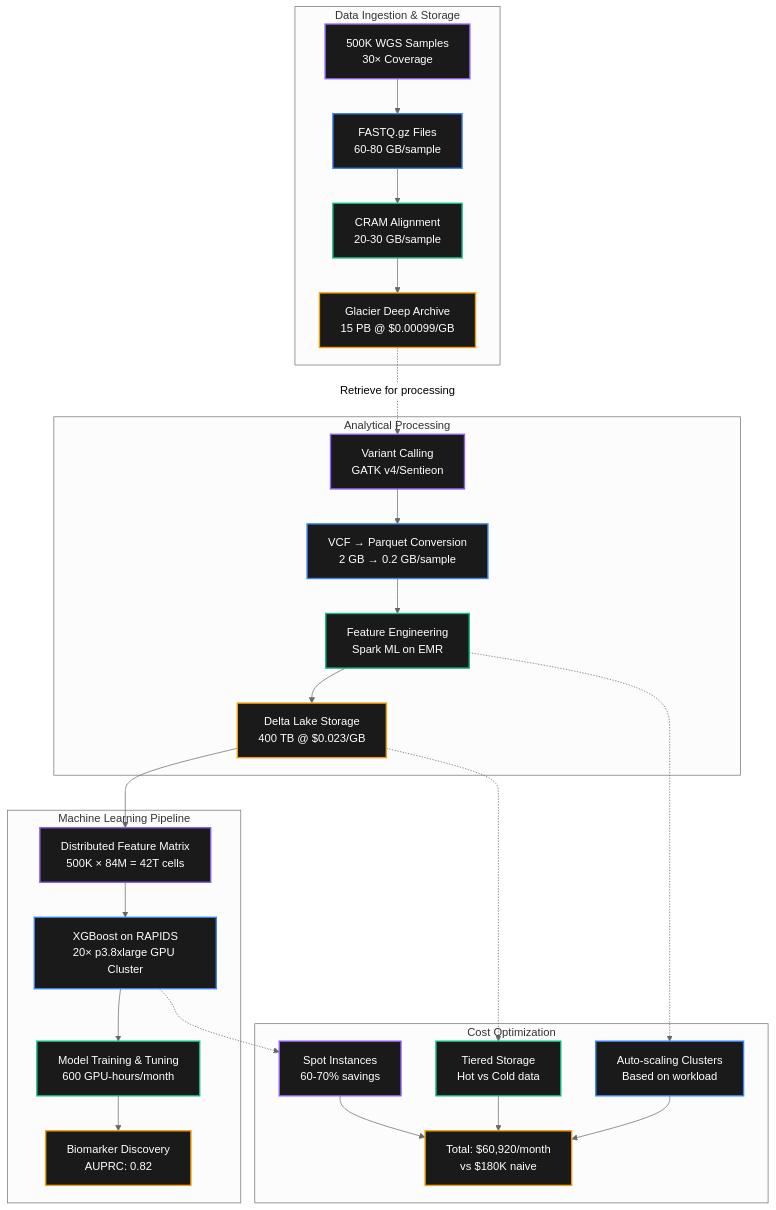
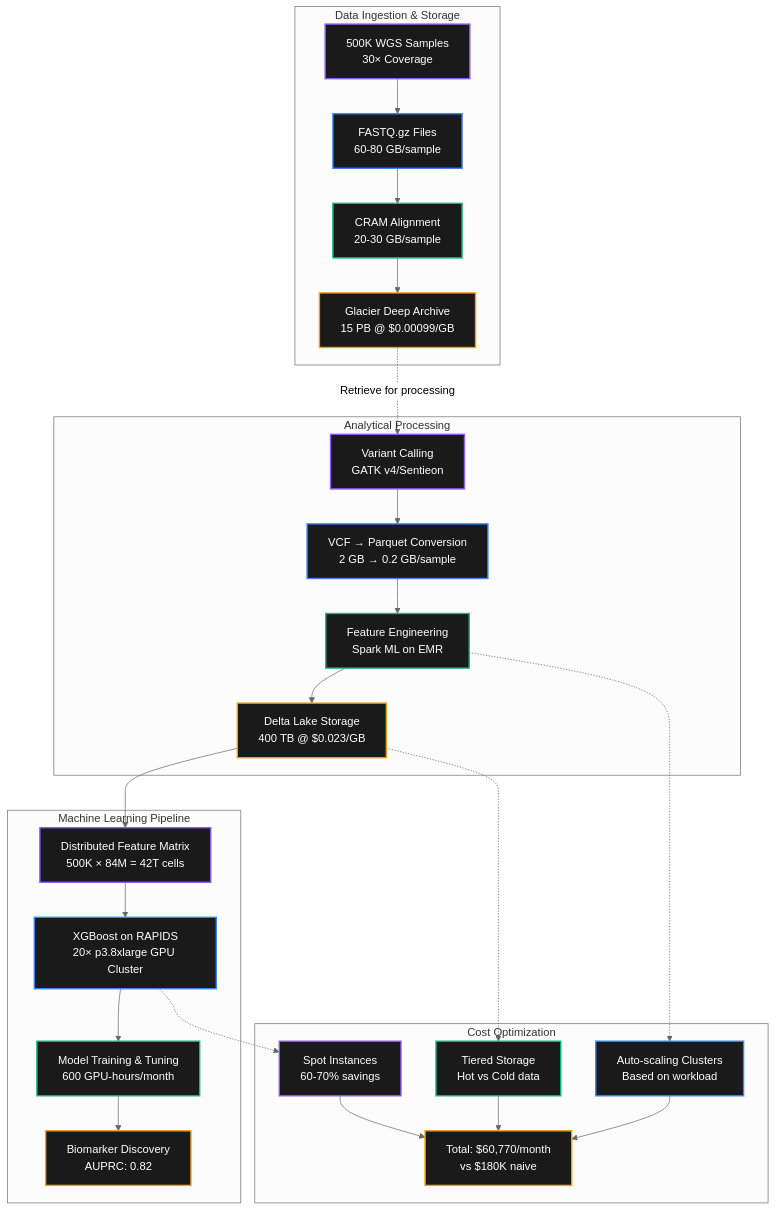
Before and after one commit to idrees118/idrees118.github.io: the diagram in index.md, drawn with Mermaid (neutral theme). The commit also changed other lines of this file, not shown here.

```diff
--- a/index.md
+++ b/index.md
@@ -625,66 +625,66 @@
                 <div class="mermaid">
 graph TB
     subgraph "Data Ingestion & Storage"
         A[500K WGS Samples<br/>30× Coverage]
         B[FASTQ.gz Files<br/>60-80 GB/sample]
         C[CRAM Alignment<br/>20-30 GB/sample]
         D[Glacier Deep Archive<br/>15 PB @ $0.00099/GB]
         
         A --> B
         B --> C
         C --> D
     end
     
     subgraph "Analytical Processing"
         E[Variant Calling<br/>GATK v4/Sentieon]
         F[VCF → Parquet Conversion<br/>2 GB → 0.2 GB/sample]
         G[Feature Engineering<br/>Spark ML on EMR]
         H[Delta Lake Storage<br/>400 TB @ $0.023/GB]
         
         D -.->|Retrieve for processing| E
         E --> F
         F --> G
         G --> H
     end
     
     subgraph "Machine Learning Pipeline"
         I[Distributed Feature Matrix<br/>500K × 84M = 42T cells]
         J[XGBoost on RAPIDS<br/>20× p3.8xlarge GPU Cluster]
         K[Model Training & Tuning<br/>600 GPU-hours/month]
         L[Biomarker Discovery<br/>AUPRC: 0.82]
         
         H --> I
         I --> J
         J --> K
         K --> L
     end
     
     subgraph "Cost Optimization"
         M[Spot Instances<br/>60-70% savings]
         N[Auto-scaling Clusters<br/>Based on workload]
         O[Tiered Storage<br/>Hot vs Cold data]
-        P[Total: $60,920/month<br/>vs $180K naive]
+        P[Total: $60,770/month<br/>vs $180K naive]
         
         J -.-> M
         G -.-> N
         H -.-> O
         M & N & O --> P
     end
 
     style A fill:#1a1a1a,stroke:#8b5cf6,stroke-width:2px,color:#ffffff
     style B fill:#1a1a1a,stroke:#3b82f6,stroke-width:2px,color:#ffffff
     style C fill:#1a1a1a,stroke:#10b981,stroke-width:2px,color:#ffffff
     style D fill:#1a1a1a,stroke:#f59e0b,stroke-width:2px,color:#ffffff
     style E fill:#1a1a1a,stroke:#8b5cf6,stroke-width:2px,color:#ffffff
     style F fill:#1a1a1a,stroke:#3b82f6,stroke-width:2px,color:#ffffff
     style G fill:#1a1a1a,stroke:#10b981,stroke-width:2px,color:#ffffff
     style H fill:#1a1a1a,stroke:#f59e0b,stroke-width:2px,color:#ffffff
     style I fill:#1a1a1a,stroke:#8b5cf6,stroke-width:2px,color:#ffffff
     style J fill:#1a1a1a,stroke:#3b82f6,stroke-width:2px,color:#ffffff
     style K fill:#1a1a1a,stroke:#10b981,stroke-width:2px,color:#ffffff
     style L fill:#1a1a1a,stroke:#f59e0b,stroke-width:2px,color:#ffffff
     style M fill:#1a1a1a,stroke:#8b5cf6,stroke-width:2px,color:#ffffff
     style N fill:#1a1a1a,stroke:#3b82f6,stroke-width:2px,color:#ffffff
     style O fill:#1a1a1a,stroke:#10b981,stroke-width:2px,color:#ffffff
     style P fill:#1a1a1a,stroke:#f59e0b,stroke-width:2px,color:#ffffff
                 </div>
```
